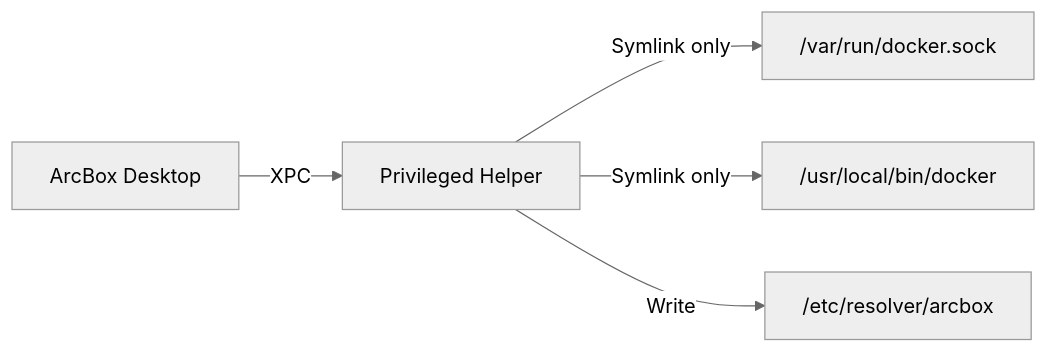
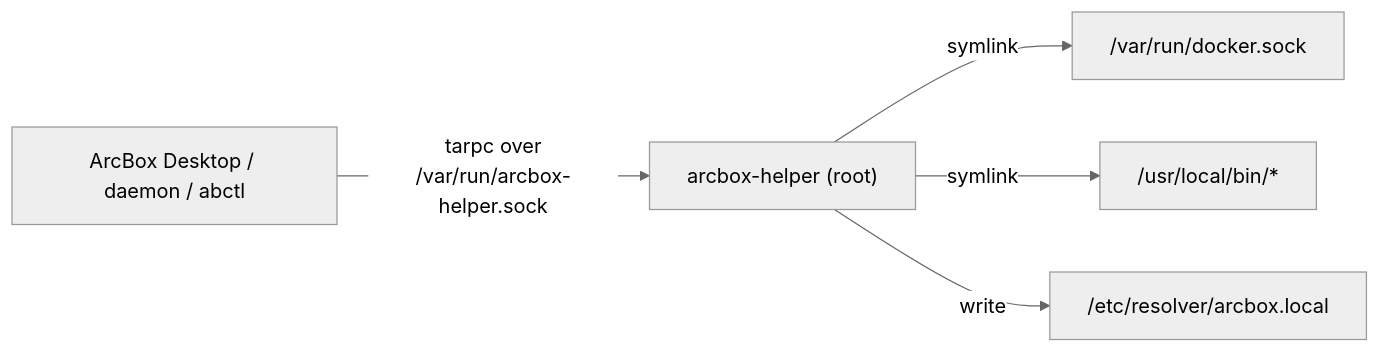
The diagram in content/docs/desktop/helper.mdx (arcboxlabs/websites), drawn with Mermaid (neutral theme) before and after one commit. The commit also changed other lines of this file and 39 other files, not shown here.

````diff
--- a/content/docs/desktop/helper.mdx
+++ b/content/docs/desktop/helper.mdx
@@ -32,7 +38,7 @@
 ```mermaid
 graph LR
-    A["ArcBox Desktop"] -- "XPC" --> B["Privileged Helper"]
-    B -- "Symlink only" --> C["/var/run/docker.sock"]
-    B -- "Symlink only" --> D["/usr/local/bin/docker"]
-    B -- "Write" --> E["/etc/resolver/arcbox"]
+    A["ArcBox Desktop / daemon / abctl"] -- "tarpc over<br/>/var/run/arcbox-helper.sock" --> B["arcbox-helper (root)"]
+    B -- "symlink" --> C["/var/run/docker.sock"]
+    B -- "symlink" --> D["/usr/local/bin/*"]
+    B -- "write" --> E["/etc/resolver/arcbox.local"]
 ```
````
